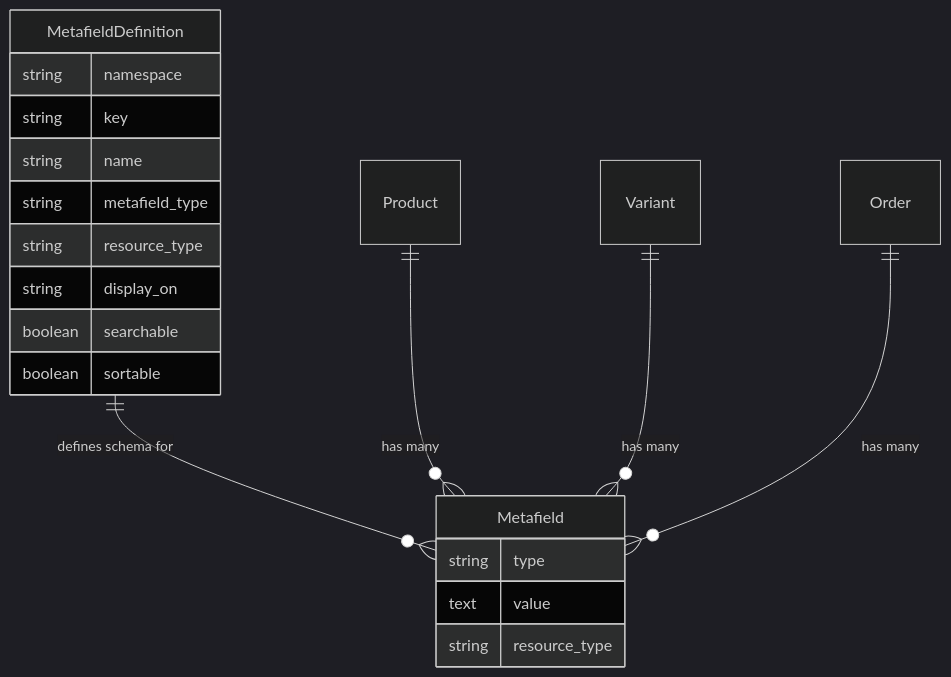
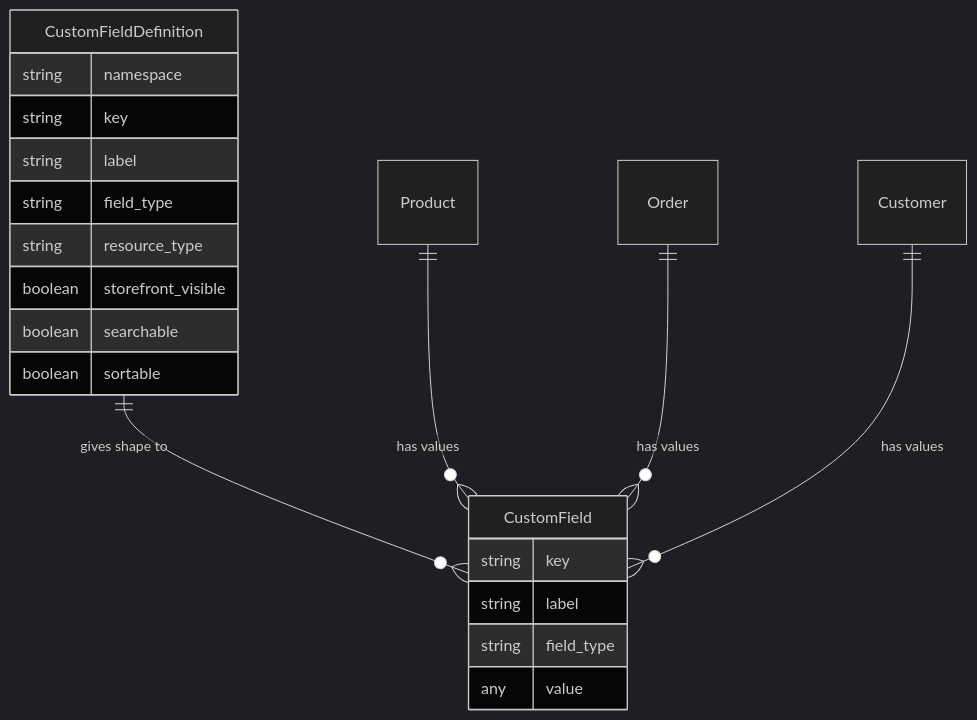
The diagram in docs/developer/core-concepts/metafields.mdx (spree/spree), drawn with Mermaid (dark theme) before and after one commit. The commit also changed other lines of this file and 28 other files, not shown here.

````diff
--- a/docs/developer/core-concepts/metafields.mdx
+++ b/docs/developer/core-concepts/metafields.mdx
@@ -23,24 +20,25 @@
 ```mermaid
 erDiagram
-    MetafieldDefinition ||--o{ Metafield : "defines schema for"
-    Product ||--o{ Metafield : "has many"
-    Variant ||--o{ Metafield : "has many"
-    Order ||--o{ Metafield : "has many"
+    CustomFieldDefinition ||--o{ CustomField : "gives shape to"
+    Product ||--o{ CustomField : "has values"
+    Order ||--o{ CustomField : "has values"
+    Customer ||--o{ CustomField : "has values"
 
-    MetafieldDefinition {
+    CustomFieldDefinition {
         string namespace
         string key
-        string name
-        string metafield_type
+        string label
+        string field_type
         string resource_type
-        string display_on
+        boolean storefront_visible
         boolean searchable
         boolean sortable
     }
 
-    Metafield {
-        string type
-        text value
-        string resource_type
+    CustomField {
+        string key
+        string label
+        string field_type
+        any value
     }
 ```
````
